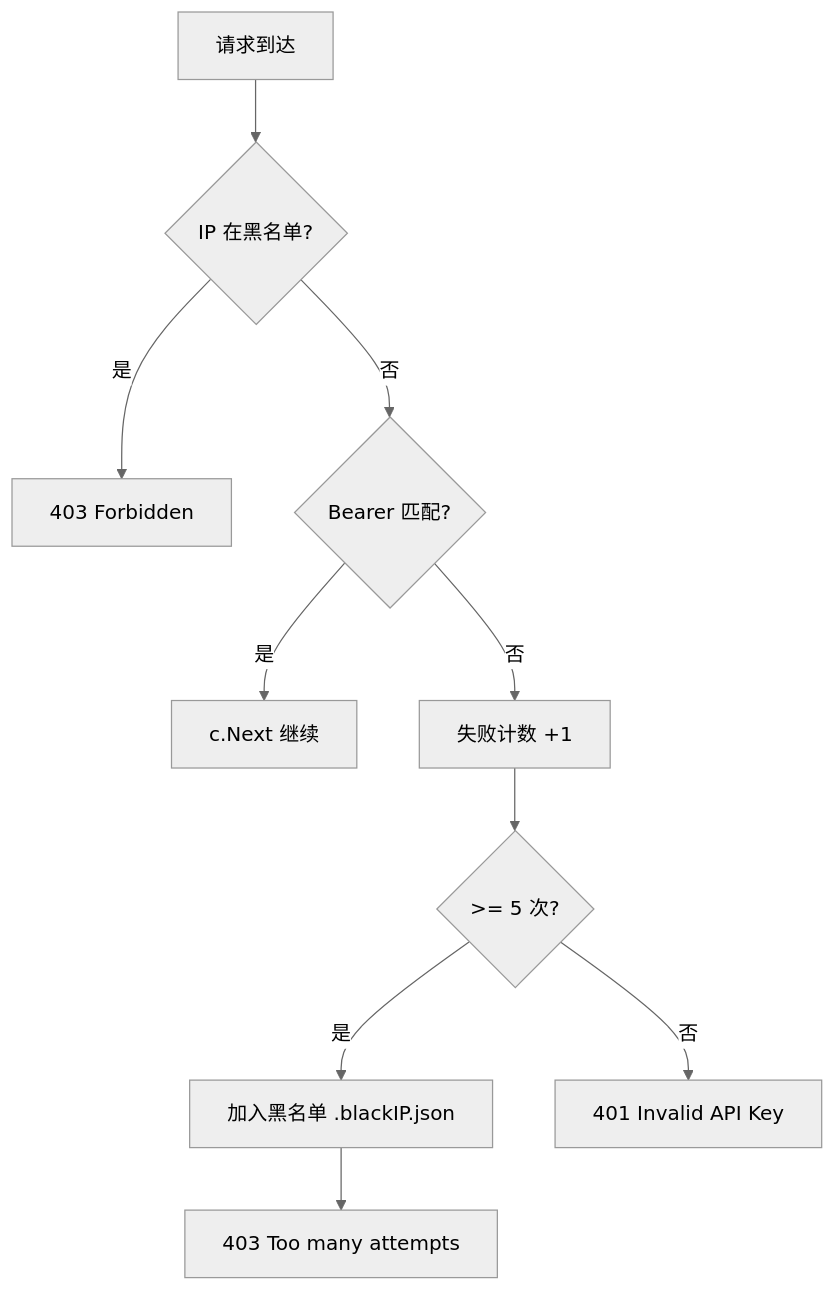
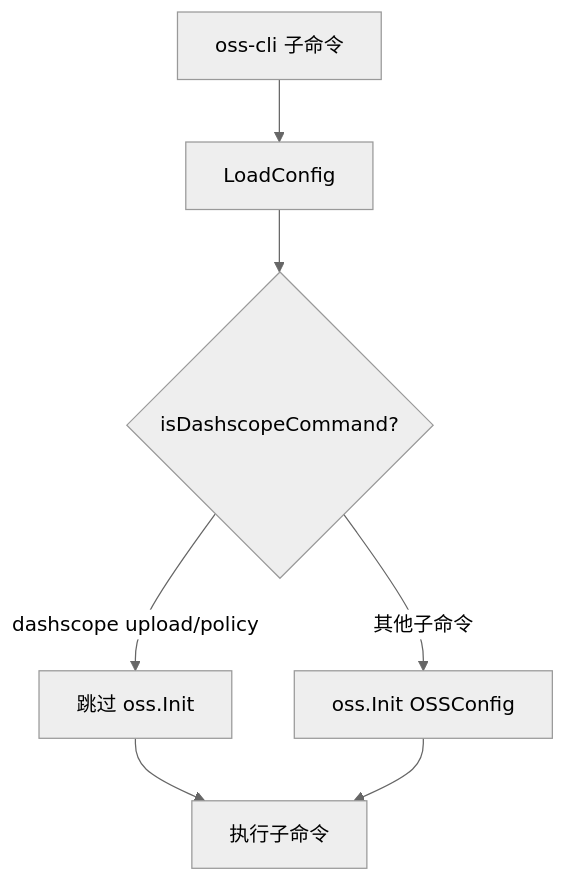
The seventh of 7 diagrams in docs/ARCHITECTURE.md (tianfei212/alOSS_agent_go), drawn with Mermaid (neutral theme) before and after one commit. The commit also changed other lines of this file and 14 other files, not shown here.

````diff
--- a/docs/ARCHITECTURE.md
+++ b/docs/ARCHITECTURE.md
@@ -246,12 +294,9 @@
 ```mermaid
 flowchart TD
-    REQ[请求到达] --> IP{IP 在黑名单?}
-    IP -->|是| F403[403 Forbidden]
-    IP -->|否| AUTH{Bearer 匹配?}
-    AUTH -->|是| OK[c.Next 继续]
-    AUTH -->|否| COUNT[失败计数 +1]
-    COUNT --> CHECK{>= 5 次?}
-    CHECK -->|是| BL[加入黑名单 .blackIP.json]
-    BL --> F403B[403 Too many attempts]
-    CHECK -->|否| F401[401 Invalid API Key]
+    START[oss-cli 子命令] --> CFG[LoadConfig]
+    CFG --> CHECK{isDashscopeCommand?}
+    CHECK -->|dashscope upload/policy| SKIP[跳过 oss.Init]
+    CHECK -->|其他子命令| INIT[oss.Init OSSConfig]
+    SKIP --> RUN[执行子命令]
+    INIT --> RUN
 ```
````
